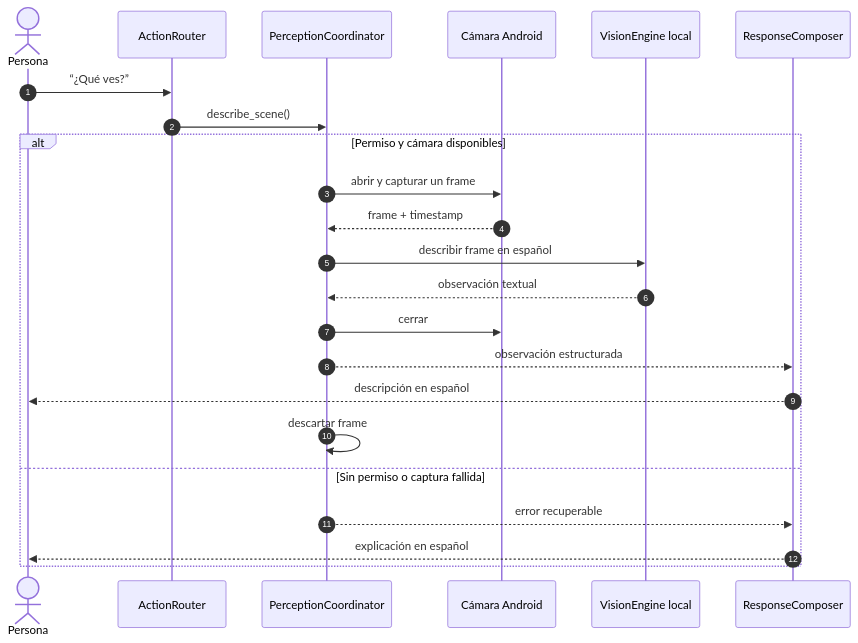
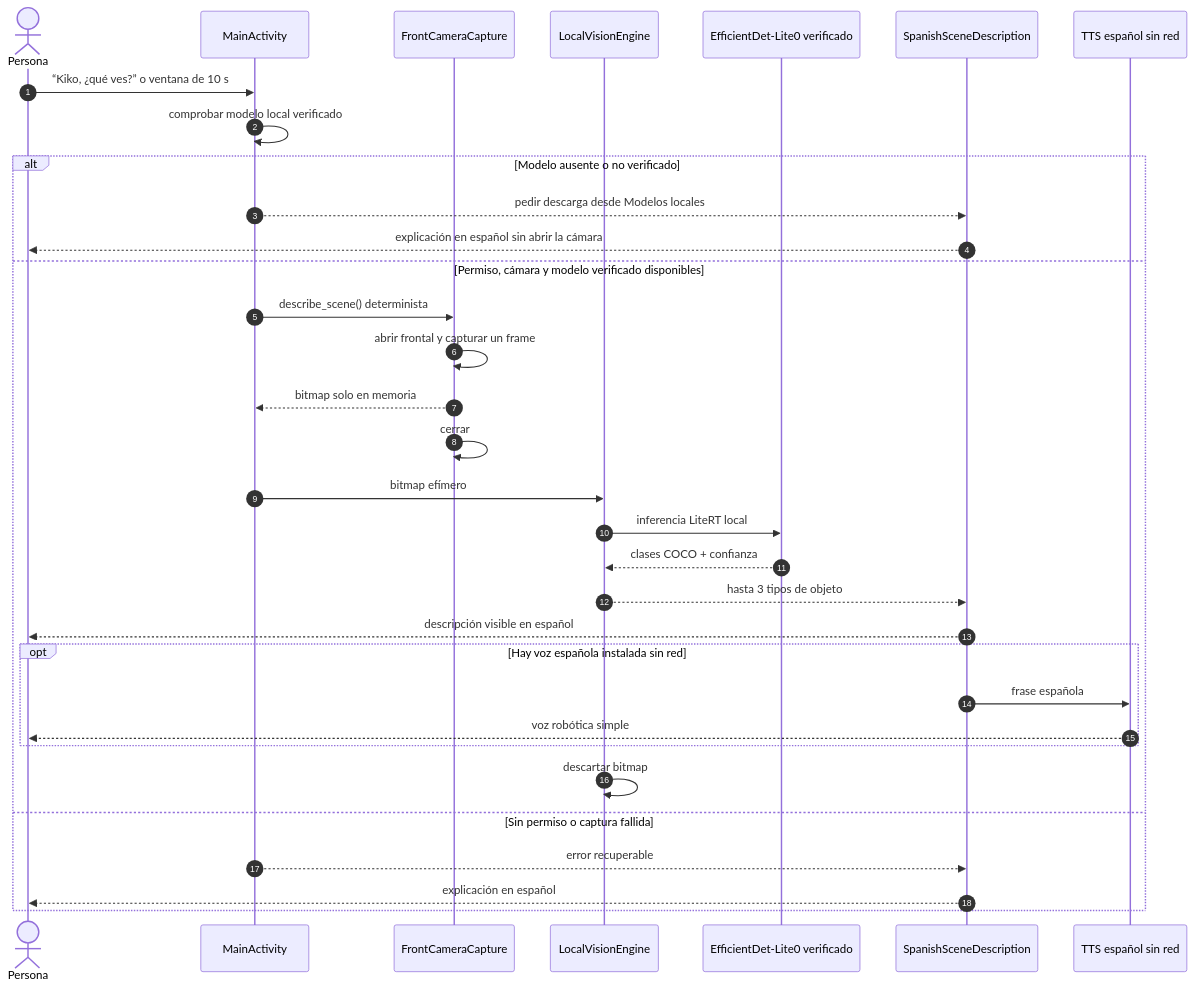
One commit to arielmendz/kiko changed the fifth of 8 diagrams in docs/FLOWS.md. Above: the diagram before and after it, drawn with Mermaid. The commit also changed other lines of this file and 26 other files, not shown here.

Commit message:
Add local EfficientDet scene perception

````diff
--- a/docs/FLOWS.md
+++ b/docs/FLOWS.md
@@ -162,27 +163,37 @@
 ```mermaid
 sequenceDiagram
     autonumber
     actor Persona
-    participant Router as ActionRouter
-    participant Perception as PerceptionCoordinator
-    participant Camera as Cámara Android
-    participant Vision as VisionEngine local
-    participant Reply as ResponseComposer
+    participant Session as MainActivity
+    participant Camera as FrontCameraCapture
+    participant Vision as LocalVisionEngine
+    participant Model as EfficientDet-Lite0 verificado
+    participant Reply as SpanishSceneDescription
+    participant Voice as TTS español sin red
 
-    Persona->>Router: “¿Qué ves?”
-    Router->>Perception: describe_scene()
+    Persona->>Session: “Kiko, ¿qué ves?” o ventana de 10 s
+    Session->>Session: comprobar modelo local verificado
 
-    alt Permiso y cámara disponibles
-        Perception->>Camera: abrir y capturar un frame
-        Camera-->>Perception: frame + timestamp
-        Perception->>Vision: describir frame en español
-        Vision-->>Perception: observación textual
-        Perception->>Camera: cerrar
-        Perception-->>Reply: observación estructurada
-        Reply-->>Persona: descripción en español
-        Perception->>Perception: descartar frame
+    alt Modelo ausente o no verificado
+        Session-->>Reply: pedir descarga desde Modelos locales
+        Reply-->>Persona: explicación en español sin abrir la cámara
+    else Permiso, cámara y modelo verificado disponibles
+        Session->>Camera: describe_scene() determinista
+        Camera->>Camera: abrir frontal y capturar un frame
+        Camera-->>Session: bitmap solo en memoria
+        Camera->>Camera: cerrar
+        Session->>Vision: bitmap efímero
+        Vision->>Model: inferencia LiteRT local
+        Model-->>Vision: clases COCO + confianza
+        Vision-->>Reply: hasta 3 tipos de objeto
+        Reply-->>Persona: descripción visible en español
+        opt Hay voz española instalada sin red
+            Reply->>Voice: frase española
+            Voice-->>Persona: voz robótica simple
+        end
+        Vision->>Vision: descartar bitmap
     else Sin permiso o captura fallida
-        Perception-->>Reply: error recuperable
+        Session-->>Reply: error recuperable
         Reply-->>Persona: explicación en español
     end
 ```
````
